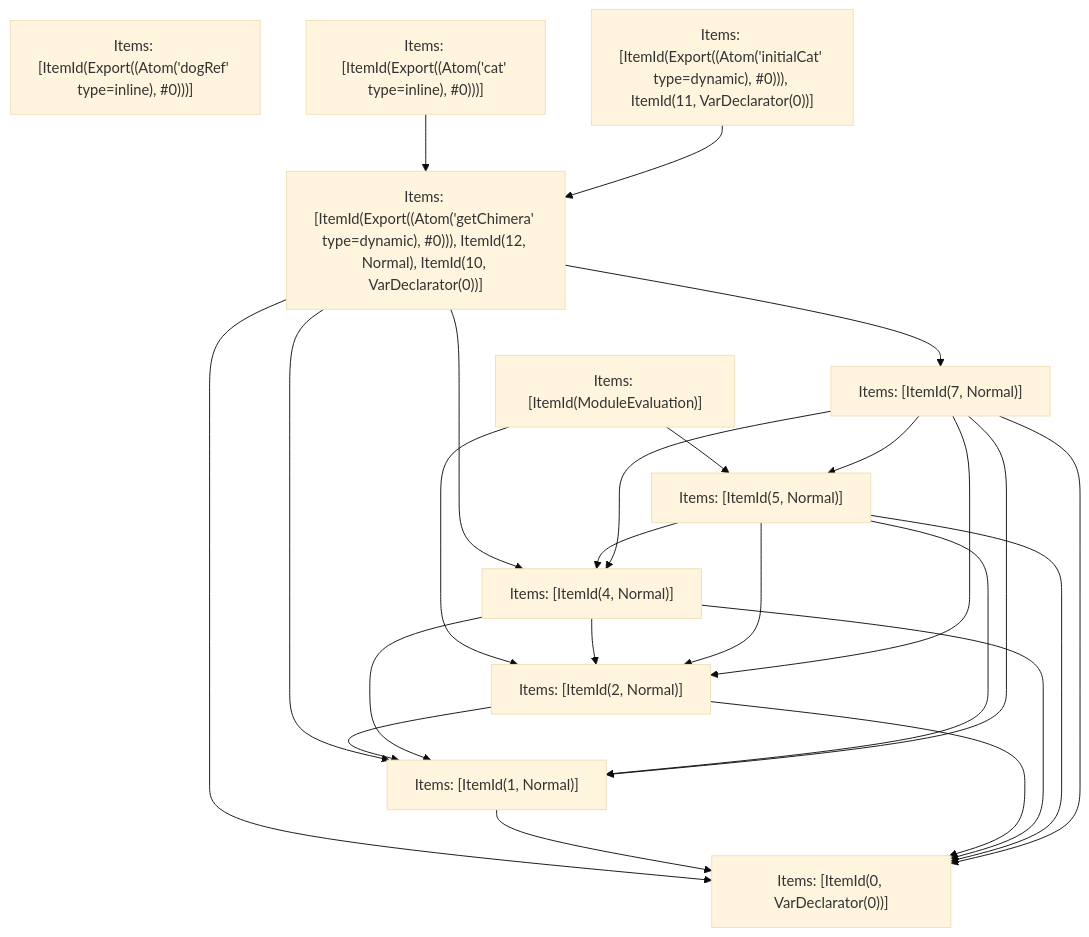
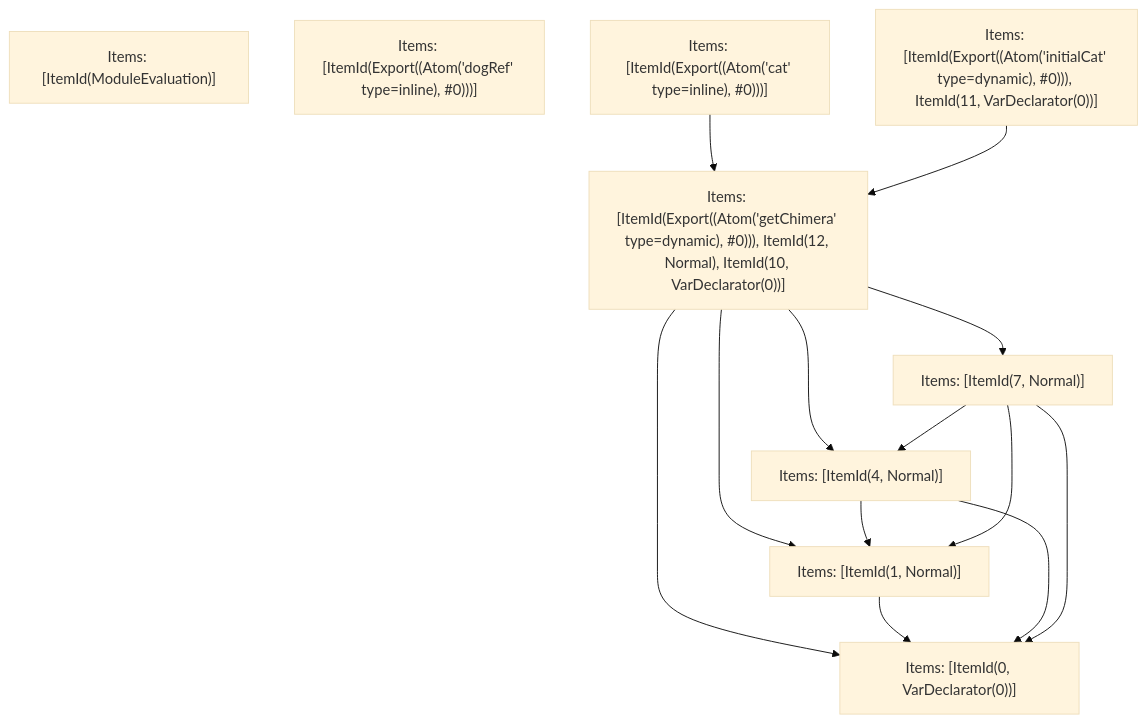
The fifth of 5 diagrams in crates/turbopack-ecmascript/tests/tree-shaker/analyzer/complex/output.md (vercel/turborepo), drawn with Mermaid (base theme) before and after one commit. The commit also changed other lines of this file and 2 other files, not shown here.

Commit message:
Update test refs

````diff
--- a/crates/turbopack-ecmascript/tests/tree-shaker/analyzer/complex/output.md
+++ b/crates/turbopack-ecmascript/tests/tree-shaker/analyzer/complex/output.md
@@ -373,37 +373,24 @@
 ```mermaid
 graph TD
     N0["Items: [ItemId(ModuleEvaluation)]"];
     N1["Items: [ItemId(Export((Atom('dogRef' type=inline), #0)))]"];
     N2["Items: [ItemId(Export((Atom('cat' type=inline), #0)))]"];
     N3["Items: [ItemId(Export((Atom('initialCat' type=dynamic), #0))), ItemId(11, VarDeclarator(0))]"];
     N4["Items: [ItemId(Export((Atom('getChimera' type=dynamic), #0))), ItemId(12, Normal), ItemId(10, VarDeclarator(0))]"];
     N5["Items: [ItemId(0, VarDeclarator(0))]"];
     N6["Items: [ItemId(1, Normal)]"];
-    N7["Items: [ItemId(2, Normal)]"];
-    N8["Items: [ItemId(4, Normal)]"];
-    N9["Items: [ItemId(5, Normal)]"];
-    N10["Items: [ItemId(7, Normal)]"];
-    N0 --> N7;
-    N0 --> N9;
+    N7["Items: [ItemId(4, Normal)]"];
+    N8["Items: [ItemId(7, Normal)]"];
     N2 --> N4;
     N3 --> N4;
     N4 --> N5;
     N4 --> N6;
+    N4 --> N7;
     N4 --> N8;
-    N4 --> N10;
     N6 --> N5;
     N7 --> N5;
     N7 --> N6;
     N8 --> N5;
     N8 --> N6;
     N8 --> N7;
-    N9 --> N5;
-    N9 --> N6;
-    N9 --> N8;
-    N9 --> N7;
-    N10 --> N5;
-    N10 --> N6;
-    N10 --> N8;
-    N10 --> N7;
-    N10 --> N9;
 ```
````
